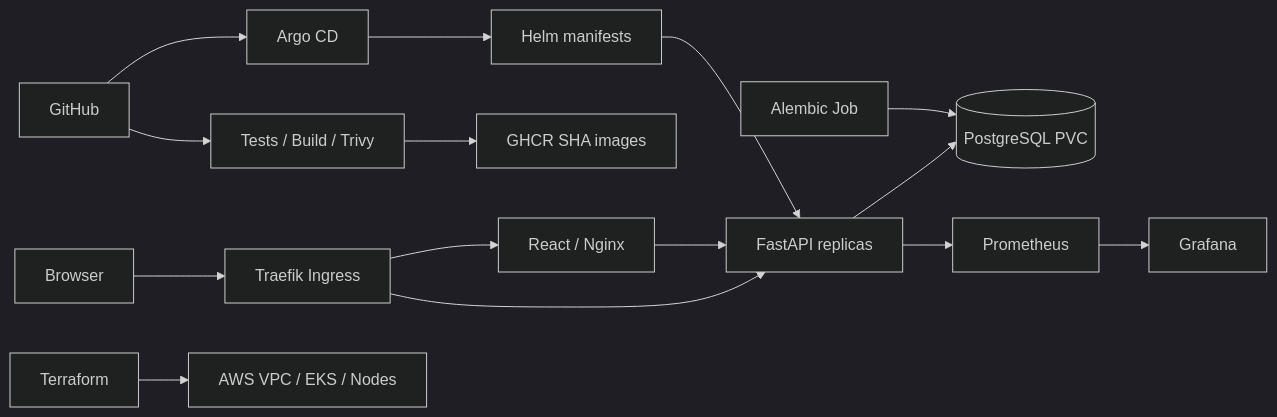
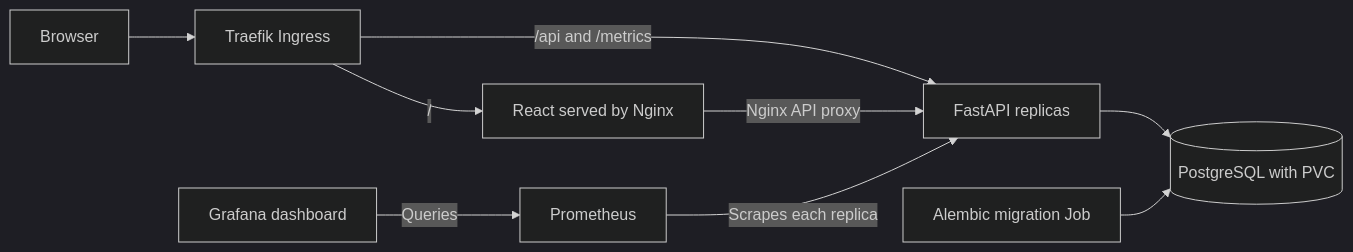
One commit to abdulkalamazad1001/campusdesk-devops-capstone changed the first of 2 diagrams in README.md. Above: the diagram before and after it, drawn with Mermaid (dark theme). The commit also changed other lines of this file and 4 other files, not shown here.

Commit message:
docs: present CampusDesk with complete architecture and operations guide [skip ci]

````diff
--- a/README.md
+++ b/README.md
@@ -48,17 +91,11 @@
 ```mermaid
 flowchart LR
-  User[Browser] --> Ingress[Traefik Ingress]
-  Ingress --> React[React / Nginx]
-  Ingress --> API[FastAPI replicas]
-  React --> API
-  API --> DB[(PostgreSQL PVC)]
-  Migration[Alembic Job] --> DB
-  API --> Prometheus
-  Prometheus --> Grafana
-  Git[GitHub] --> CI[Tests / Build / Trivy]
-  CI --> Registry[GHCR SHA images]
-  Git --> Argo[Argo CD]
-  Argo --> Helm[Helm manifests]
-  Helm --> API
-  Terraform --> AWS[AWS VPC / EKS / Nodes]
+    Browser[Browser] --> Ingress[Traefik Ingress]
+    Ingress -->|/| Frontend[React served by Nginx]
+    Ingress -->|/api and /metrics| API[FastAPI replicas]
+    Frontend -->|Nginx API proxy| API
+    API --> DB[(PostgreSQL with PVC)]
+    Migration[Alembic migration Job] --> DB
+    Prometheus[Prometheus] -->|Scrapes each replica| API
+    Grafana[Grafana dashboard] -->|Queries| Prometheus
 ```
````
